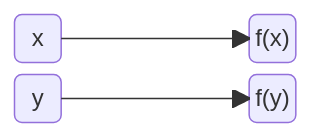
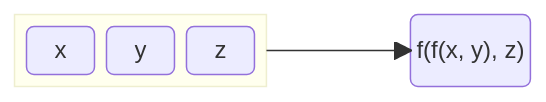
The seventh of 10 diagrams in apps/blog/pages/docs/js/array.mdx (wdyjwdy/blog-mono), drawn with Mermaid before and after one commit. The commit also changed other lines of this file, not shown here.

````diff
--- a/apps/blog/pages/docs/js/array.mdx
+++ b/apps/blog/pages/docs/js/array.mdx
@@ -129,8 +221,11 @@
 ```mermaid
 block-beta
   columns 5
-  a("x") space:3 b("f(x)")
-  c("y") space:3 d("f(y)")
-a --> b
-c --> d
+  block:b1:2
+   x("x") y("y") z("z")
+  end
+  space
+  a("f(f(x, y), z)")
+b1 --> a
+class b1 Line
 ```
````
